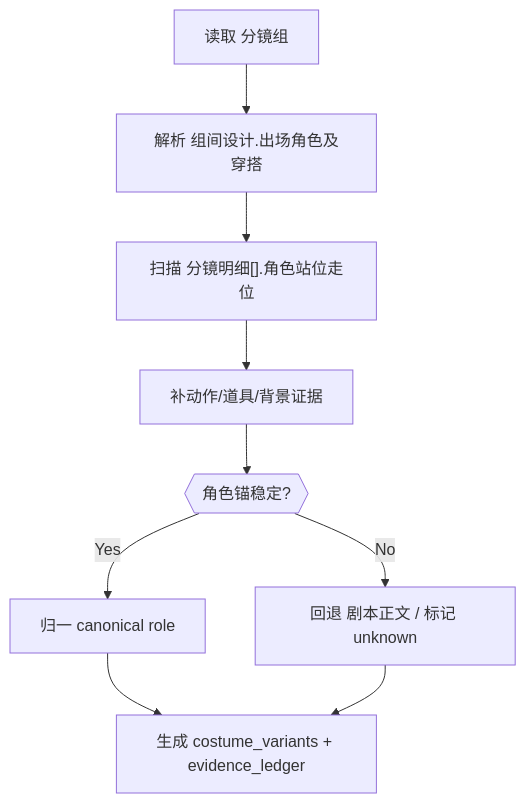
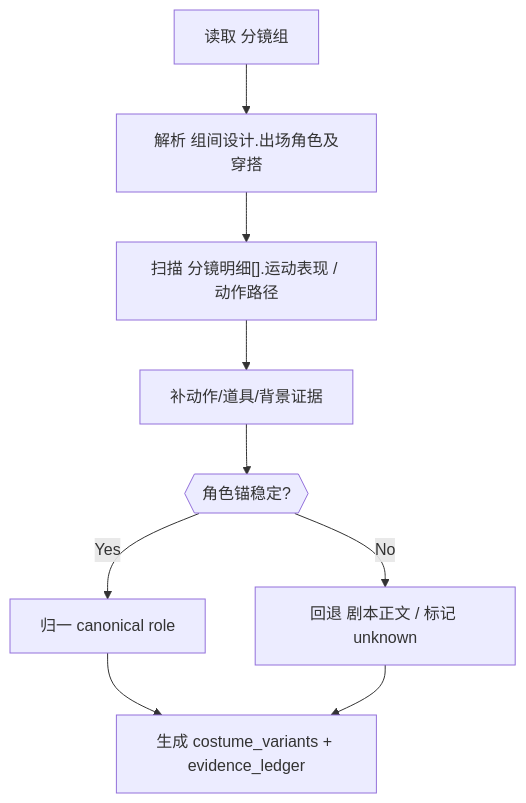
One commit to ZEN-VOID/AI-CUT changed the diagram in .agents/skills/aigc/4-Design/1-清单/角色/references/detail-role-normalization.md. Above: the diagram before and after it, drawn with Mermaid. The commit also changed other lines of this file and 1383 other files, not shown here.

````diff
--- a/.agents/skills/aigc/4-Design/1-清单/角色/references/detail-role-normalization.md
+++ b/.agents/skills/aigc/4-Design/1-清单/角色/references/detail-role-normalization.md
@@ -10,11 +10,11 @@
 ```mermaid
 flowchart TD
     A["读取 分镜组"] --> B["解析 组间设计.出场角色及穿搭"]
-    B --> C["扫描 分镜明细[].角色站位走位"]
+    B --> C["扫描 分镜明细[].运动表现 / 动作路径"]
     C --> D["补动作/道具/背景证据"]
     D --> E{{"角色锚稳定?"}}
     E -->|"Yes"| F["归一 canonical role"]
     E -->|"No"| G["回退 剧本正文 / 标记 unknown"]
     F --> H["生成 costume_variants + evidence_ledger"]
     G --> H
 ```
````
